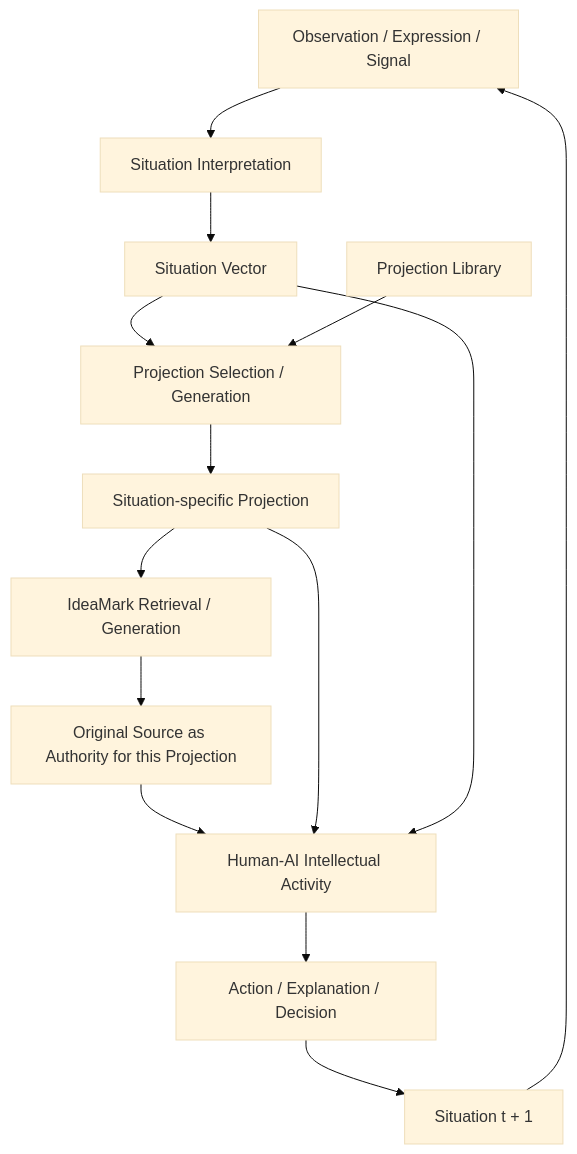
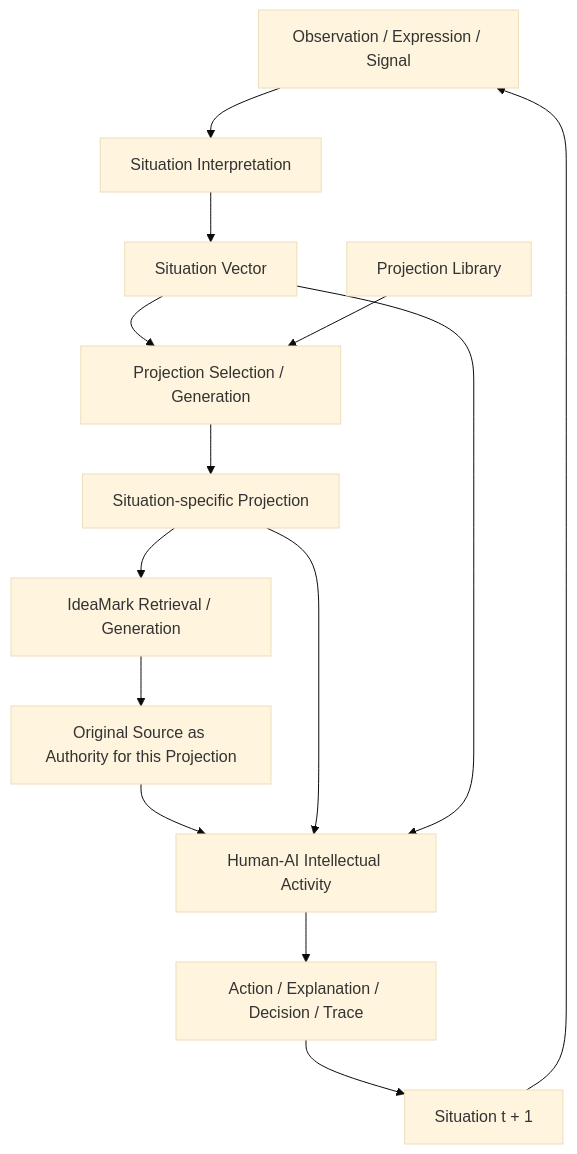
Before and after one commit to ak2i/ideamark-core: the diagram in docs/specs/V1.2.0/part2-architecture/00-architectural-overview.md, drawn with Mermaid (base theme). The commit also changed other lines of this file, not shown here.

````diff
--- a/docs/specs/V1.2.0/part2-architecture/00-architectural-overview.md
+++ b/docs/specs/V1.2.0/part2-architecture/00-architectural-overview.md
@@ -55,26 +55,26 @@
 ```mermaid
 flowchart TD
     OBS[Observation / Expression / Signal]
     SI[Situation Interpretation]
     SV[Situation Vector]
     PL[Projection Library]
     PG[Projection Selection / Generation]
     SP[Situation-specific Projection]
     IM[IdeaMark Retrieval / Generation]
     OS[Original Source as Authority for this Projection]
     IA[Human-AI Intellectual Activity]
-    OUT[Action / Explanation / Decision]
+    OUT[Action / Explanation / Decision / Trace]
     NEXT[Situation t + 1]
 
     OBS --> SI --> SV
     SV --> PG
     PL --> PG
     PG --> SP
     SP --> IM
     IM --> OS
     OS --> IA
     SP --> IA
     SV --> IA
     IA --> OUT --> NEXT
     NEXT --> OBS
 ```
````
